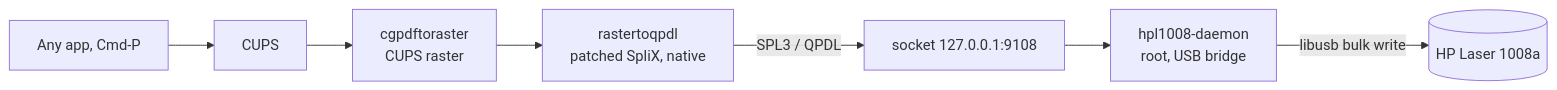
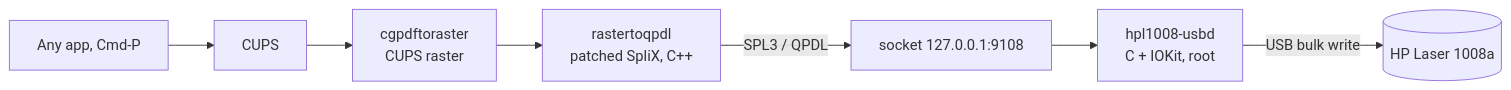
One commit to Joaquim-mph/laser-ML2160-macos changed the diagram in README.md. Above: the diagram before and after it, drawn with Mermaid. The commit also changed other lines of this file and 5 other files, not shown here.

First line of the commit message:
UPDATE 2: fully native, drop Python/pyusb/libusb (IOKit USB helper)

````diff
--- a/README.md
+++ b/README.md
@@ -39,9 +47,9 @@
 ```mermaid
 flowchart LR
     A[Any app, Cmd-P] --> B[CUPS]
     B --> C[cgpdftoraster<br/>CUPS raster]
-    C --> D[rastertoqpdl<br/>patched SpliX, native]
+    C --> D[rastertoqpdl<br/>patched SpliX, C++]
     D -->|SPL3 / QPDL| E[socket 127.0.0.1:9108]
-    E --> F[hpl1008-daemon<br/>root, USB bridge]
-    F -->|libusb bulk write| G[(HP Laser 1008a)]
+    E --> F[hpl1008-usbd<br/>C + IOKit, root]
+    F -->|USB bulk write| G[(HP Laser 1008a)]
 ```
````
